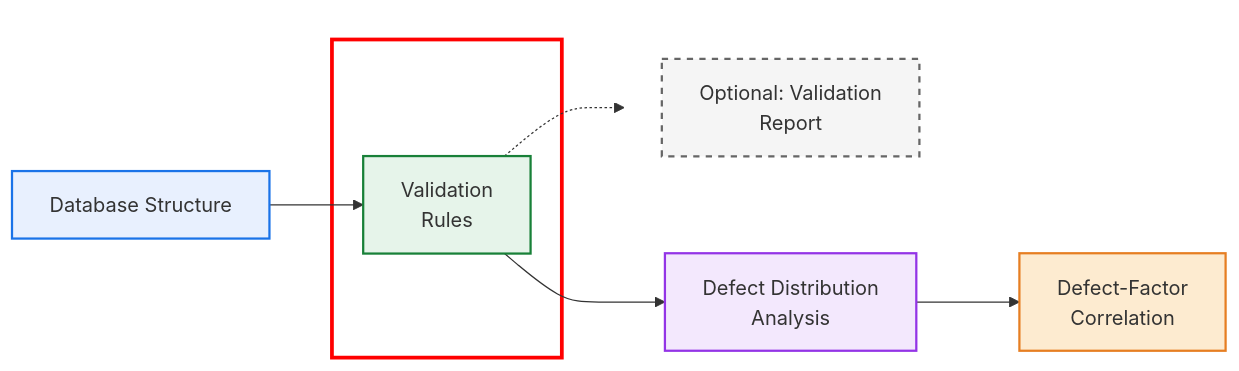
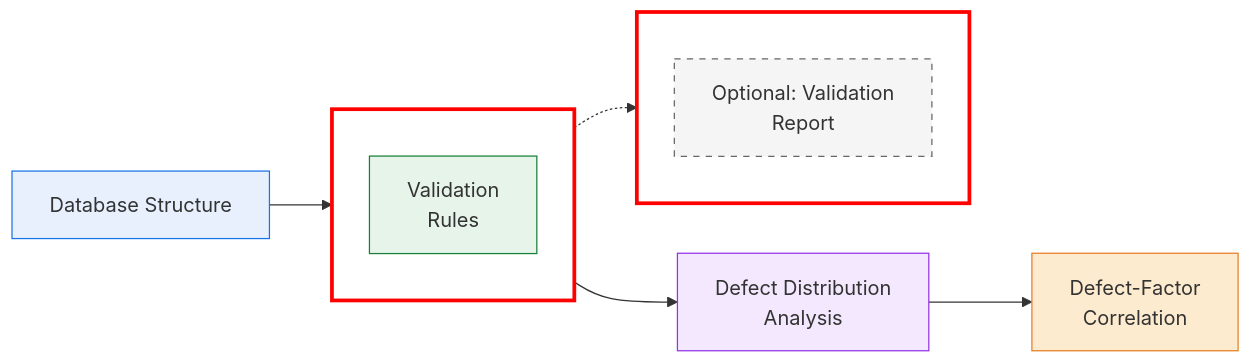
Before and after one commit to SewerDefectAnalysis/Data_validation: the diagram in README.md, drawn with Mermaid.

Commit message:
Refactor mermaid diagram and improve formatting

````diff
--- a/README.md
+++ b/README.md
@@ -7,37 +7,38 @@
 ```mermaid
 %%{init: {'flowchart': {'nodeSpacing': 40, 'rankSpacing': 50}}}%%
 flowchart LR
 
-    A[Database Structure]:::data -->  B[Validation<br/>Rules]:::validation
+    A[Database Structure]:::data --> B[Validation<br/>Rules]:::validation
     B --> D[Defect Distribution<br/>Analysis]:::analysis
     D --> E[Defect-Factor<br/>Correlation]:::analysisP2
 
-    %% Optional branch BELOW
-    subgraph optional_branch[ ]
+    subgraph boxB[ ]
+        direction TB
+        B
+    end
+
+    subgraph boxC[ ]
         direction TB
         C[Optional: Validation<br/>Report]:::optional
     end
-    style optional_branch fill:none,stroke:none
 
-    subgraph stage1[ ]
-        B[Validation<br/>Rules]
-        C[Optional: Validation<br/>Report]
-    end
- 
-    style stage1 stroke:#FF0000,stroke-width:3px,fill:none
+    style boxB stroke:#FF0000,stroke-width:3px,fill:none
+    style boxC stroke:#FF0000,stroke-width:3px,fill:none
+
     B -.-> C
+
 
     %% Click links
     click A "https://github.com/SewerDefectAnalysis/Database_Structure"
     click B "https://github.com/SewerDefectAnalysis/Data_validation"
     click C "https://github.com/SewerDefectAnalysis/Data_validation"
 
     %% Styles
-    classDef data fill:#E8F0FE,stroke:#1A73E8,stroke-width:1.8px
-    classDef validation fill:#E6F4EA,stroke:#188038,stroke-width:1.8px
-    classDef analysis fill:#F3E8FD,stroke:#9334E6,stroke-width:1.8px
-    classDef analysisP2 fill:#FDEBD0,stroke:#E67E22,stroke-width:1.8px
-    classDef prediction fill:#FEF7E0,stroke:#F9AB00,stroke-width:1.8px
-    classDef optional fill:#F5F5F5,stroke:#666666,stroke-width:1.8px,stroke-dasharray: 5 5
+    classDef data fill:#E8F0FE,stroke:#1A73E8
+    classDef validation fill:#E6F4EA,stroke:#188038
+    classDef analysis fill:#F3E8FD,stroke:#9334E6
+    classDef analysisP2 fill:#FDEBD0,stroke:#E67E22
+    classDef optional fill:#F5F5F5,stroke:#666666,stroke-dasharray: 5 5
+
 
 ```
````
